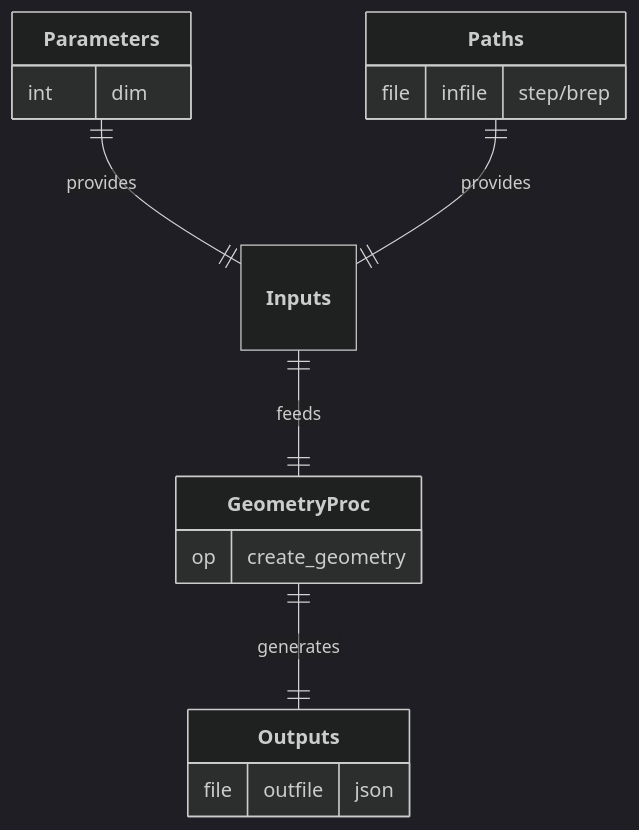
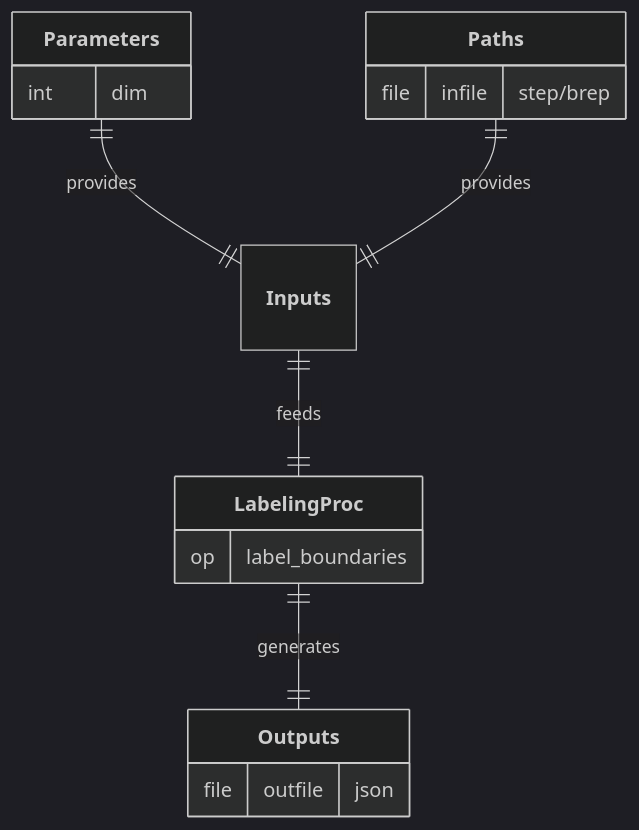
One commit to nuremics/nuremics-docs changed the diagram in docs/labs/Apps/cms/CANTILEVER_SHEAR_APP/procs/LabelingProc.md. Above: the diagram before and after it, drawn with Mermaid (dark theme). The commit also changed other lines of this file and 3 other files, not shown here.

````diff
--- a/docs/labs/Apps/cms/CANTILEVER_SHEAR_APP/procs/LabelingProc.md
+++ b/docs/labs/Apps/cms/CANTILEVER_SHEAR_APP/procs/LabelingProc.md
@@ -10,20 +11,20 @@
 ```mermaid
 erDiagram
   **Parameters** ||--|| **Inputs** : provides
   **Paths** ||--|| **Inputs** : provides
-  **Inputs** ||--|| **GeometryProc** : feeds
-  **GeometryProc** ||--|| **Outputs** : generates
+  **Inputs** ||--|| **LabelingProc** : feeds
+  **LabelingProc** ||--|| **Outputs** : generates
 
   **Parameters** {
     int dim
   }
   **Paths** {
     file infile "step/brep"
   }
-  **GeometryProc** {
-    op create_geometry
+  **LabelingProc** {
+    op label_boundaries
   }
   **Outputs** {
     file outfile "json"
   }
 ```
````
